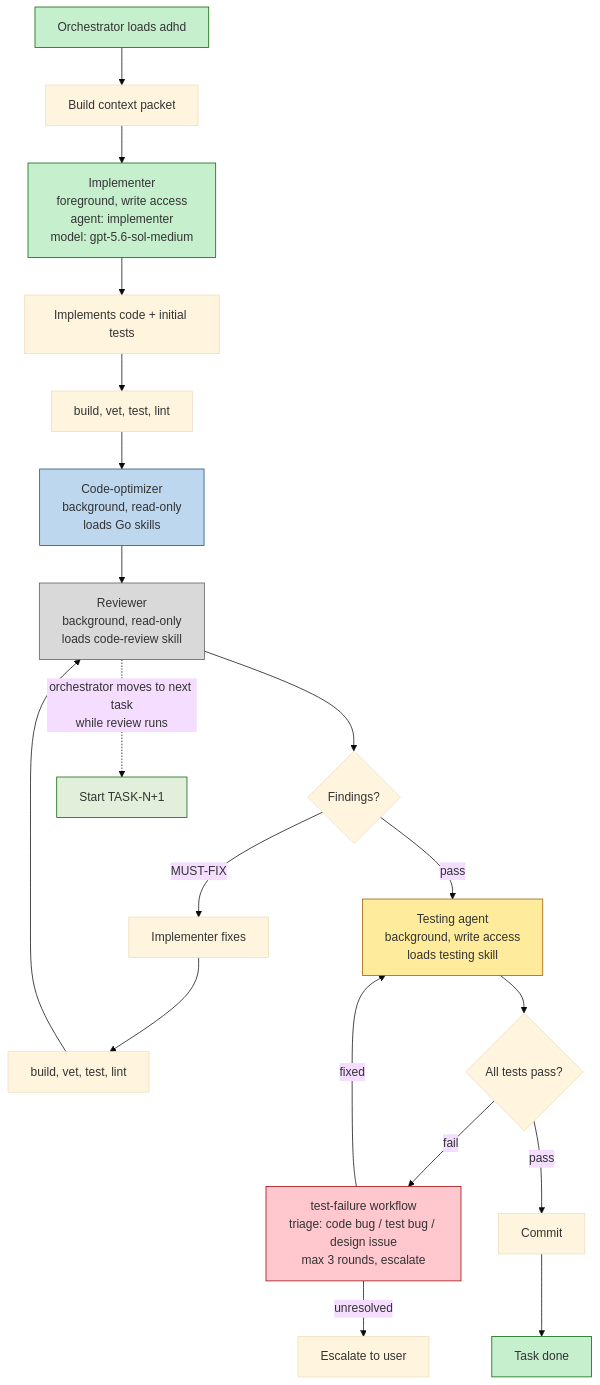
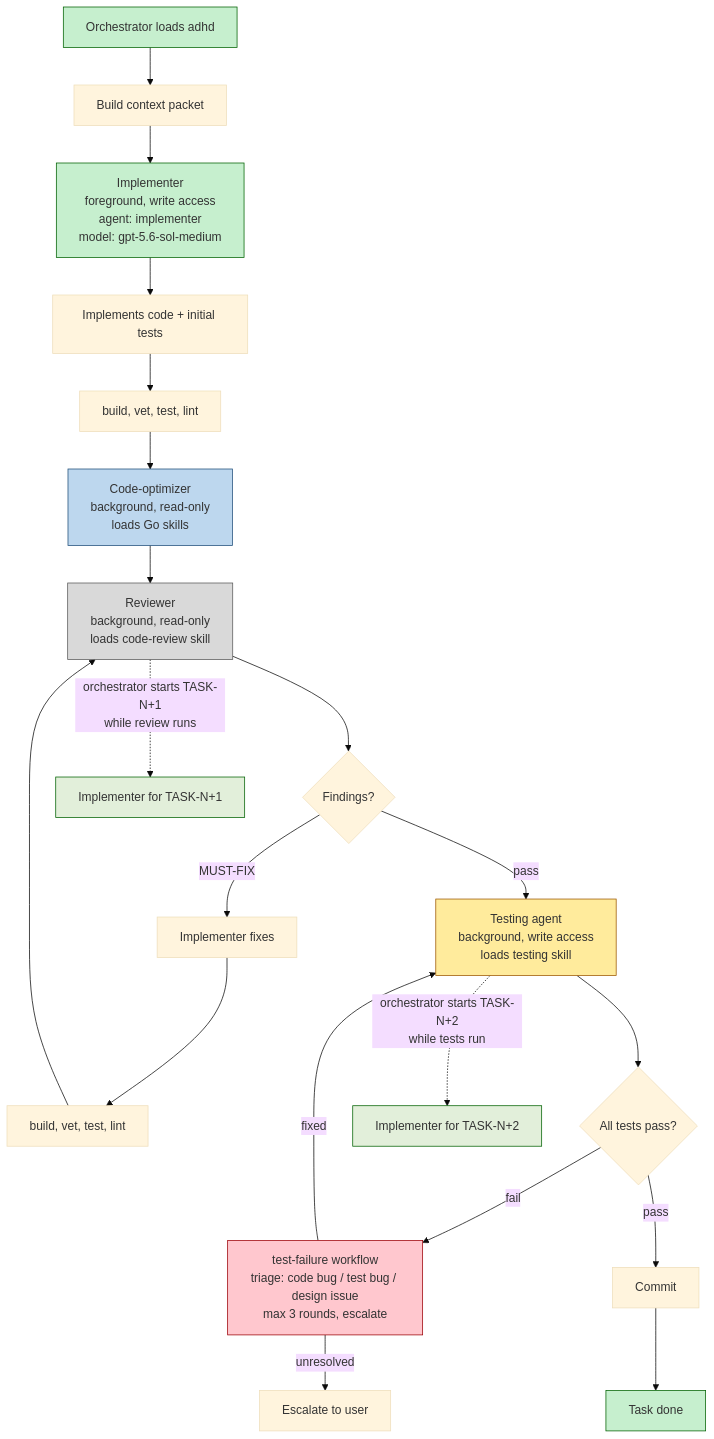
One commit to bperin/project-context changed the third of 4 diagrams in src/workflows/overview.md. Above: the diagram before and after it, drawn with Mermaid (base theme). The commit also changed other lines of this file and 3 other files, not shown here.

````diff
--- a/src/workflows/overview.md
+++ b/src/workflows/overview.md
@@ -57,31 +57,33 @@
 ```mermaid
 flowchart TD
     O["Orchestrator loads adhd"] --> CTX["Build context packet"]
     CTX --> P["Implementer<br/>foreground, write access<br/>agent: implementer<br/>model: gpt-5.6-sol-medium"]
     P --> CODE["Implements code + initial tests"]
     CODE --> V1["build, vet, test, lint"]
     V1 --> CO["Code-optimizer<br/>background, read-only<br/>loads Go skills"]
     CO --> CR["Reviewer<br/>background, read-only<br/>loads code-review skill"]
     CR --> CRC{"Findings?"}
     CRC -->|MUST-FIX| BACK1["Implementer fixes"]
     BACK1 --> V2["build, vet, test, lint"]
     V2 --> CR
     CRC -->|pass| TA["Testing agent<br/>background, write access<br/>loads testing skill"]
     TA --> TAC{"All tests pass?"}
     TAC -->|fail| TF["test-failure workflow<br/>triage: code bug / test bug / design issue<br/>max 3 rounds, escalate"]
     TF -->|fixed| TA
     TF -->|unresolved| ESC["Escalate to user"]
     TAC -->|pass| COM["Commit"]
     COM --> DONE["Task done"]
 
-    CR -.->|orchestrator moves to next task<br/>while review runs| NEXT["Start TASK-N+1"]
+    CR -.->|orchestrator starts TASK-N+1<br/>while review runs| NEXT["Implementer for TASK-N+1"]
+    TA -.->|orchestrator starts TASK-N+2<br/>while tests run| NEXT2["Implementer for TASK-N+2"]
 
     style O fill:#C6EFCE,stroke:#006100
     style P fill:#C6EFCE,stroke:#006100
     style CO fill:#BDD7EE,stroke:#1F4E79
     style CR fill:#D9D9D9,stroke:#595959
     style TA fill:#FFEB9C,stroke:#9C5700
     style TF fill:#FFC7CE,stroke:#9C0006
     style DONE fill:#C6EFCE,stroke:#006100
     style NEXT fill:#E2EFDA,stroke:#006100
+    style NEXT2 fill:#E2EFDA,stroke:#006100
 ```
````
